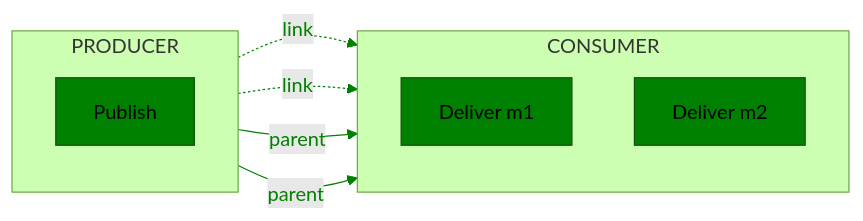
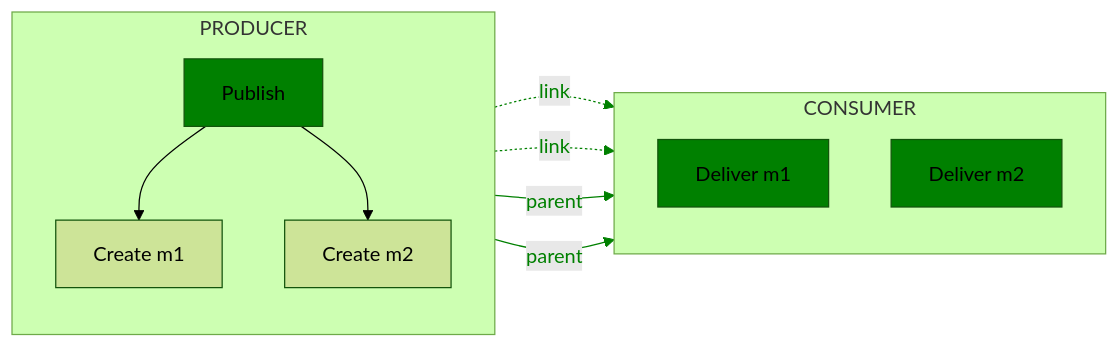
Before and after one commit to open-telemetry/oteps: the sixth of 12 diagrams in text/trace/0220-messaging-semantic-conventions-span-structure.md, drawn with Mermaid (forest theme). The commit also changed other lines of this file, not shown here.

````diff
--- a/text/trace/0220-messaging-semantic-conventions-span-structure.md
+++ b/text/trace/0220-messaging-semantic-conventions-span-structure.md
@@ -428,20 +429,21 @@
 ```mermaid
 flowchart LR;
   subgraph PRODUCER
   direction TB
-  P[Publish]
+  P[Publish]-->C1[Create m1]
+  P-->C2[Create m2]
   end
   subgraph CONSUMER
   direction TB
   DM1[Deliver m1]
   DM2[Deliver m2]
   end
-  P-. link .->DM1;
-  P-. link .->DM2;
-  P-- parent -->DM1;
-  P-- parent -->DM2;
+  C1-. link .->DM1;
+  C2-. link .->DM2;
+  C1-- parent -->DM1;
+  C2-- parent -->DM2;
 
   classDef normal fill:green
   class P,DM1,DM2 normal
-  linkStyle 0,1,2,3 color:green,stroke:green
+  linkStyle 2,3,4,5 color:green,stroke:green
 ```
````
